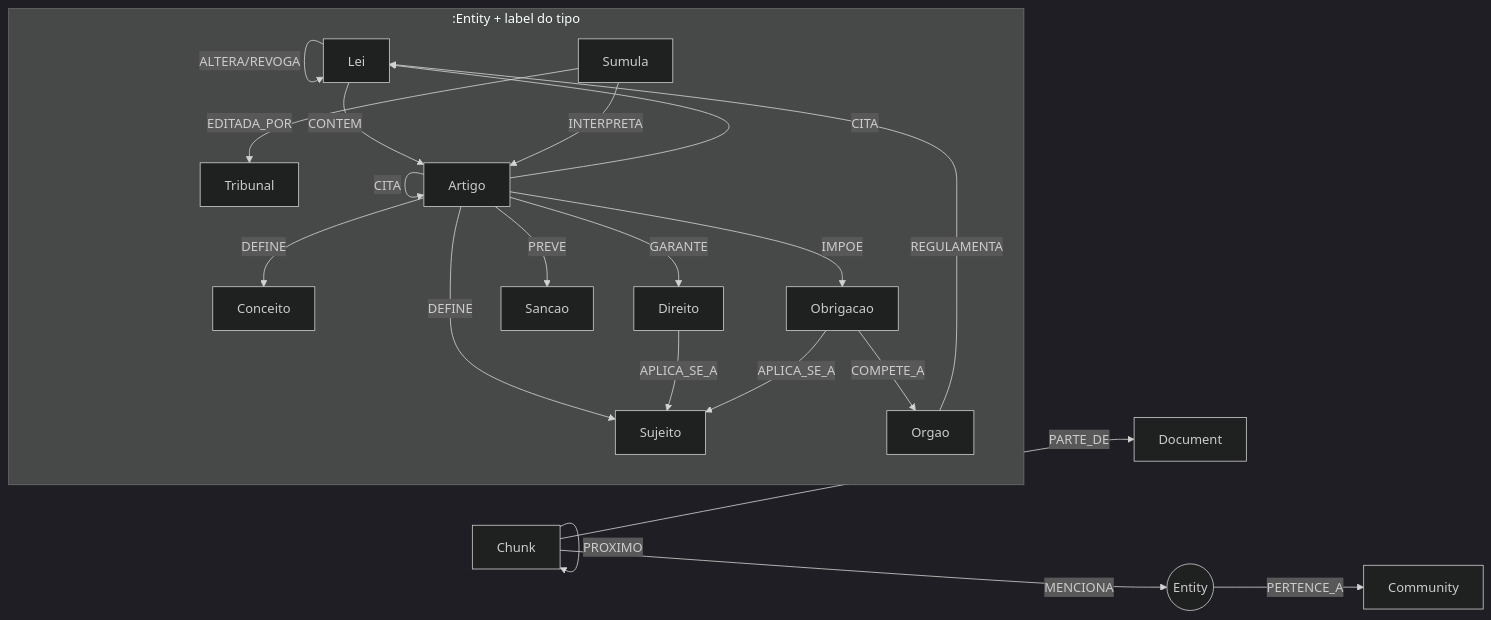
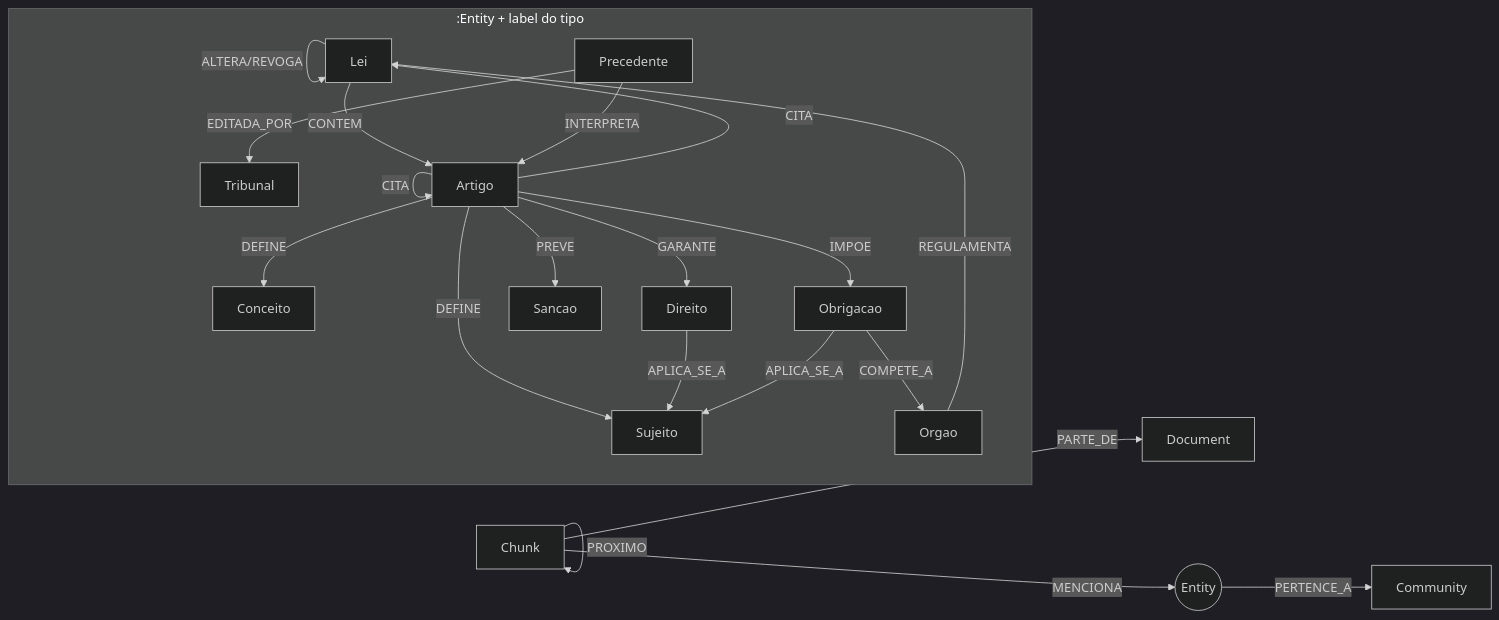
One commit to CamillypSouza/graphrag-kag changed the diagram in docs/modelo.md. Above: the diagram before and after it, drawn with Mermaid (dark theme). The commit also changed other lines of this file and 120 other files, not shown here.

First line of the commit message:
fase 2: pipeline text-to-graph e resolução de entidades

````diff
--- a/docs/modelo.md
+++ b/docs/modelo.md
@@ -10,28 +10,28 @@
 ```mermaid
 graph LR
   D[Document] 
   C[Chunk]
   C -- PARTE_DE --> D
   C -- PROXIMO --> C
   C -- MENCIONA --> E((Entity))
 
   subgraph Entidades [":Entity + label do tipo"]
     Lei -- CONTEM --> Artigo
     Artigo -- CITA --> Artigo
     Artigo -- CITA --> Lei
     Lei -- ALTERA/REVOGA --> Lei
     Artigo -- DEFINE --> Conceito
     Artigo -- DEFINE --> Sujeito
     Artigo -- GARANTE --> Direito
     Artigo -- IMPOE --> Obrigacao
     Artigo -- PREVE --> Sancao
     Obrigacao -- COMPETE_A --> Orgao
     Direito -- APLICA_SE_A --> Sujeito
     Obrigacao -- APLICA_SE_A --> Sujeito
-    Sumula -- INTERPRETA --> Artigo
-    Sumula -- EDITADA_POR --> Tribunal
+    Precedente -- INTERPRETA --> Artigo
+    Precedente -- EDITADA_POR --> Tribunal
     Orgao -- REGULAMENTA --> Lei
   end
 
   E -- PERTENCE_A --> K[Community]
 ```
````
